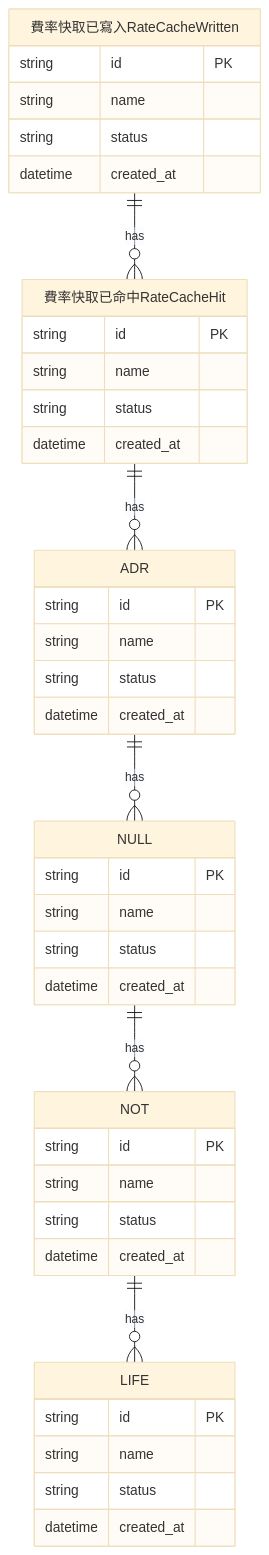
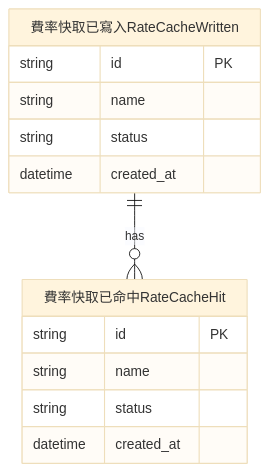
Diagram 12 of 12 in README.md (ChunPingWang/agentic-platform-result-0922), drawn with Mermaid (base theme) before and after one commit. The commit also changed other lines of this file, not shown here.

Commit message:
docs(readme): 修正多行名稱破壞 mermaid/表格渲染;移除 ER 雜訊實體

````diff
--- a/README.md
+++ b/README.md
@@ -430,44 +269,16 @@
 ```mermaid
 erDiagram
     費率快取已寫入RateCacheWritten ||--o{ 費率快取已命中RateCacheHit : has
-    費率快取已命中RateCacheHit ||--o{ ADR : has
-    ADR ||--o{ NULL : has
-    NULL ||--o{ NOT : has
-    NOT ||--o{ LIFE : has
     費率快取已寫入RateCacheWritten {
         string id PK
         string name
         string status
         datetime created_at
     }
     費率快取已命中RateCacheHit {
         string id PK
         string name
         string status
         datetime created_at
     }
-    ADR {
-        string id PK
-        string name
-        string status
-        datetime created_at
-    }
-    NULL {
-        string id PK
-        string name
-        string status
-        datetime created_at
-    }
-    NOT {
-        string id PK
-        string name
-        string status
-        datetime created_at
-    }
-    LIFE {
-        string id PK
-        string name
-        string status
-        datetime created_at
-    }
 ```
````
